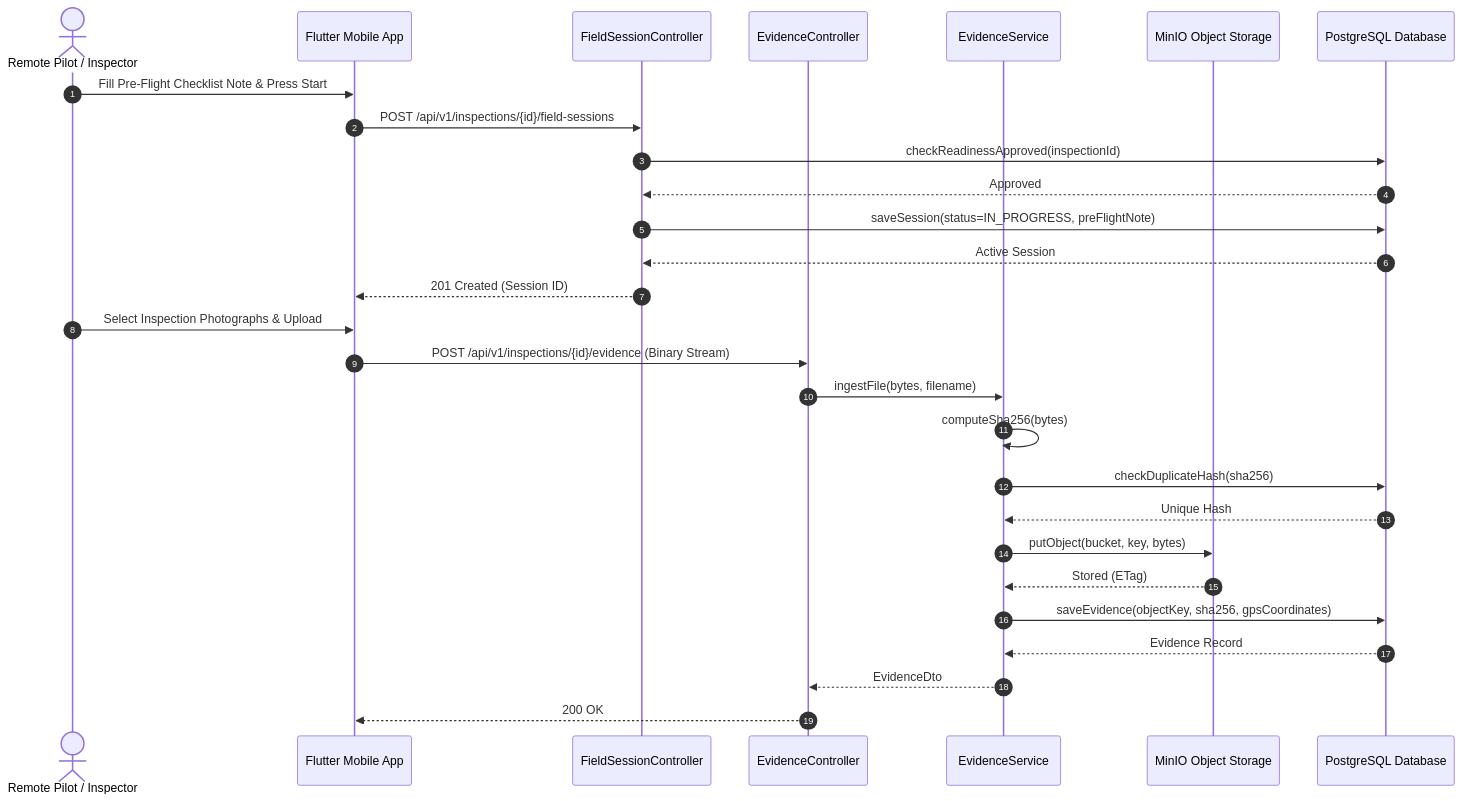
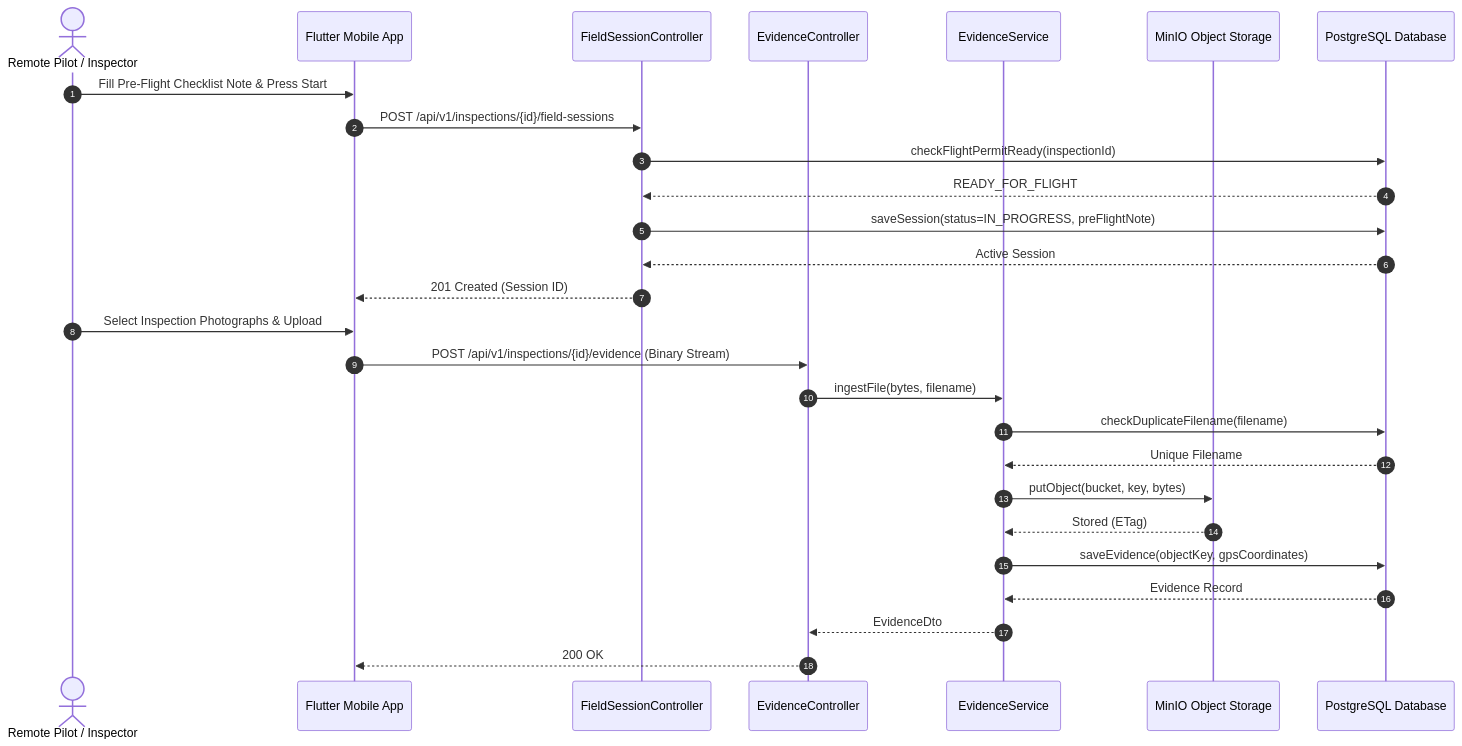
The tenth of 18 diagrams in reports/report-4-software-design-document/03-detailed-design.md (tungbach12/SmartDroneInspection-Docs), drawn with Mermaid before and after one commit. The commit also changed other lines of this file and 8 other files, not shown here.

Commit message:
docs(database,srs,sdd): update MF1-MF2 specifications to streamlined 30-table architecture

````diff
--- a/reports/report-4-software-design-document/03-detailed-design.md
+++ b/reports/report-4-software-design-document/03-detailed-design.md
@@ -364,33 +360,32 @@
 ```mermaid
 %% title: Field Flight Session and Evidence Upload Sequence Diagram
 sequenceDiagram
   autonumber
   actor Inspector as Remote Pilot / Inspector
   participant Mobile as Flutter Mobile App
   participant SessCtrl as FieldSessionController
   participant EviCtrl as EvidenceController
   participant EviSvc as EvidenceService
   participant MinIO as MinIO Object Storage
   participant DB as PostgreSQL Database
 
   Inspector->>Mobile: Fill Pre-Flight Checklist Note & Press Start
   Mobile->>SessCtrl: POST /api/v1/inspections/{id}/field-sessions
-  SessCtrl->>DB: checkReadinessApproved(inspectionId)
-  DB-->>SessCtrl: Approved
+  SessCtrl->>DB: checkFlightPermitReady(inspectionId)
+  DB-->>SessCtrl: READY_FOR_FLIGHT
   SessCtrl->>DB: saveSession(status=IN_PROGRESS, preFlightNote)
   DB-->>SessCtrl: Active Session
   SessCtrl-->>Mobile: 201 Created (Session ID)
 
   Inspector->>Mobile: Select Inspection Photographs & Upload
   Mobile->>EviCtrl: POST /api/v1/inspections/{id}/evidence (Binary Stream)
   EviCtrl->>EviSvc: ingestFile(bytes, filename)
-  EviSvc->>EviSvc: computeSha256(bytes)
-  EviSvc->>DB: checkDuplicateHash(sha256)
-  DB-->>EviSvc: Unique Hash
+  EviSvc->>DB: checkDuplicateFilename(filename)
+  DB-->>EviSvc: Unique Filename
   EviSvc->>MinIO: putObject(bucket, key, bytes)
   MinIO-->>EviSvc: Stored (ETag)
-  EviSvc->>DB: saveEvidence(objectKey, sha256, gpsCoordinates)
+  EviSvc->>DB: saveEvidence(objectKey, gpsCoordinates)
   DB-->>EviSvc: Evidence Record
   EviSvc-->>EviCtrl: EvidenceDto
   EviCtrl-->>Mobile: 200 OK
 ```
````
